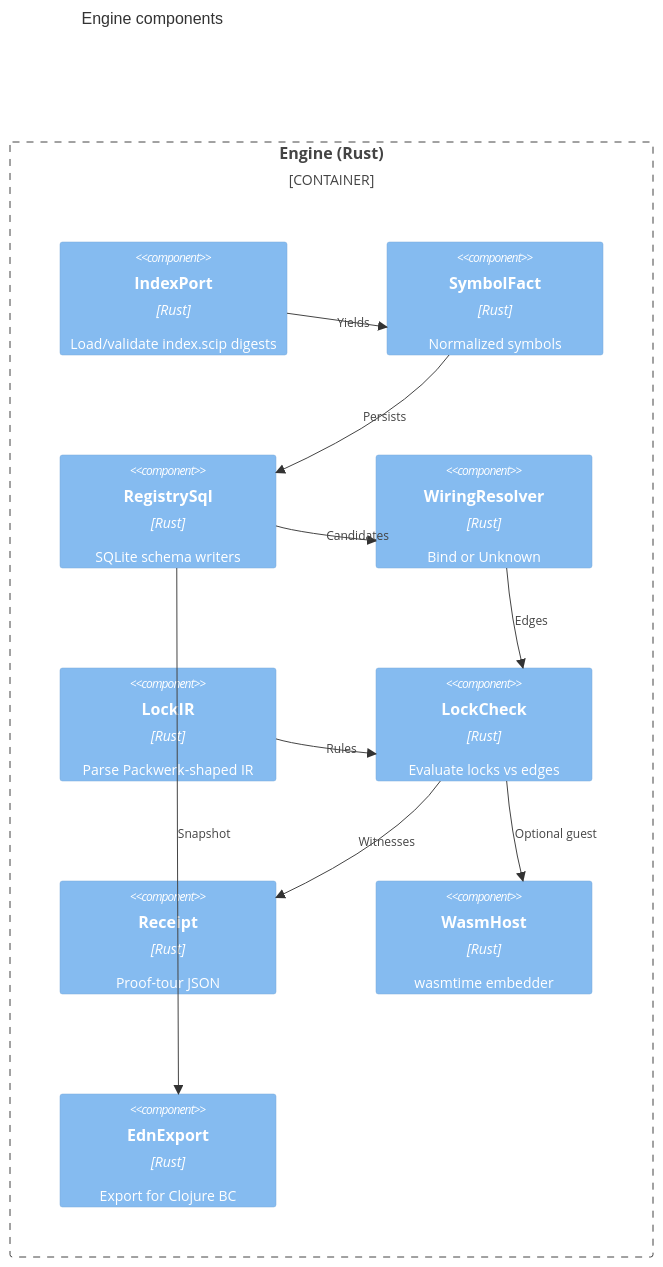
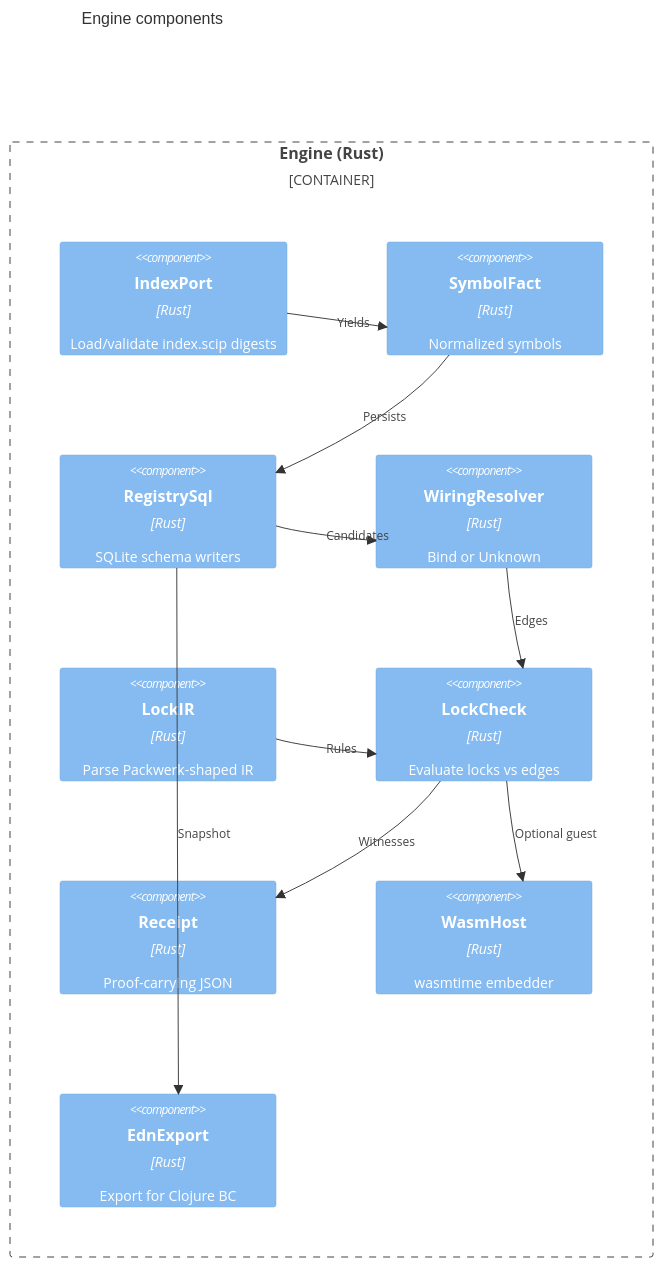
The diagram in ports/verified-architecture/docs/c4/03-components.md (huntyyyyyy/spring-boot-doc-agent), drawn with Mermaid before and after one commit. The commit also changed other lines of this file and 124 other files, not shown here.

First line of the commit message:
docs(verified-architecture): parallel predicate-prose rewrite (partitions A–F)

````diff
--- a/ports/verified-architecture/docs/c4/03-components.md
+++ b/ports/verified-architecture/docs/c4/03-components.md
@@ -13,23 +17,23 @@
 ```mermaid
 C4Component
     title Engine components
     Container_Boundary(engine, "Engine (Rust)") {
         Component(index, "IndexPort", "Rust", "Load/validate index.scip digests")
         Component(facts, "SymbolFact", "Rust", "Normalized symbols")
         Component(reg, "RegistrySql", "Rust", "SQLite schema writers")
         Component(resolve, "WiringResolver", "Rust", "Bind or Unknown")
         Component(lockir, "LockIR", "Rust", "Parse Packwerk-shaped IR")
         Component(lockchk, "LockCheck", "Rust", "Evaluate locks vs edges")
-        Component(receipt, "Receipt", "Rust", "Proof-tour JSON")
+        Component(receipt, "Receipt", "Rust", "Proof-carrying JSON")
         Component(host, "WasmHost", "Rust", "wasmtime embedder")
         Component(export, "EdnExport", "Rust", "Export for Clojure BC")
     }
     Rel(index, facts, "Yields")
     Rel(facts, reg, "Persists")
     Rel(reg, resolve, "Candidates")
     Rel(resolve, lockchk, "Edges")
     Rel(lockir, lockchk, "Rules")
     Rel(lockchk, receipt, "Witnesses")
     Rel(lockchk, host, "Optional guest")
     Rel(reg, export, "Snapshot")
 ```
````
